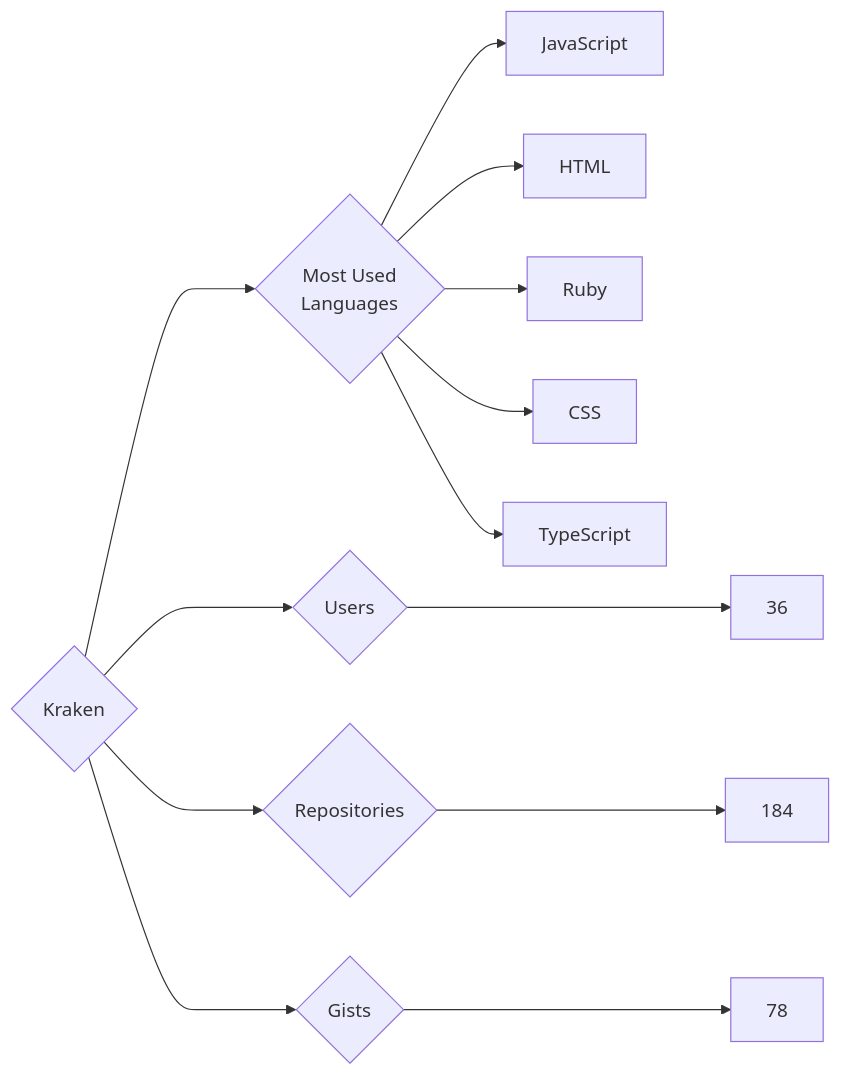
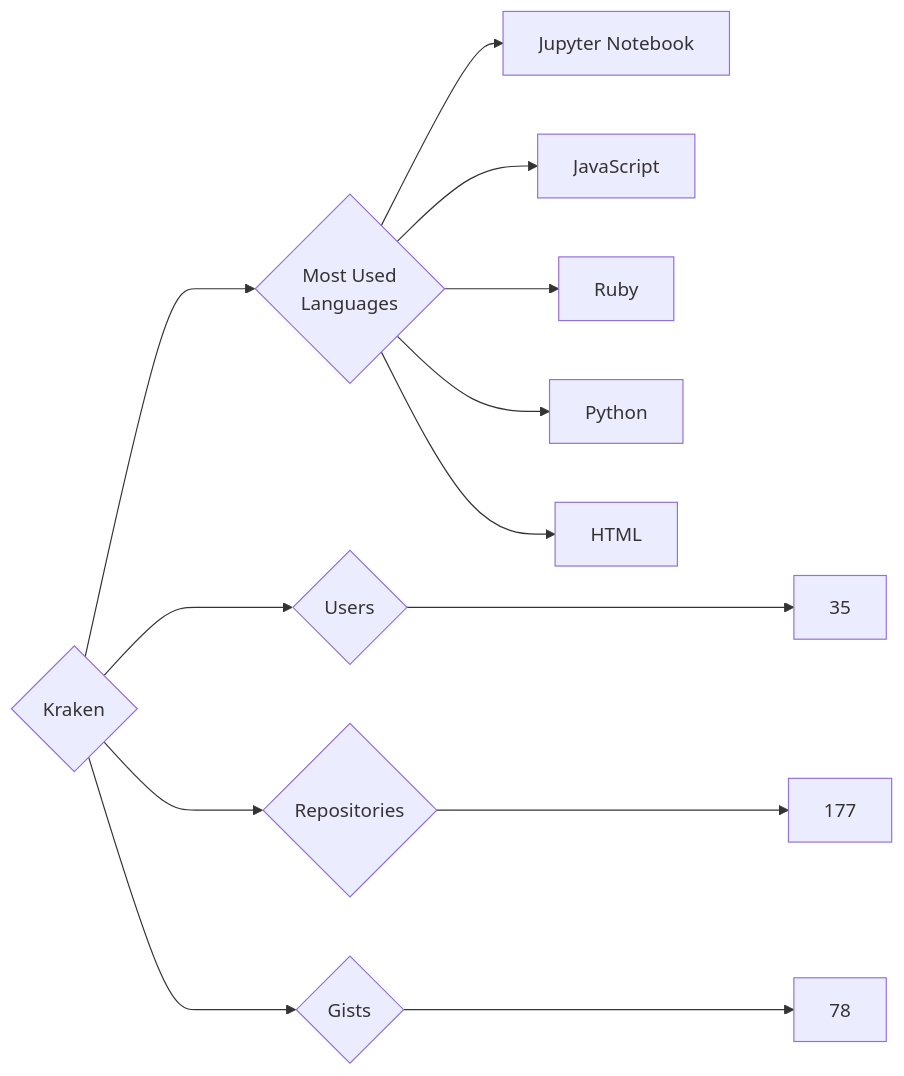
The diagram in targets/Kraken/README.md (trickest/insiders), drawn with Mermaid before and after one commit. The commit also changed 715 other files, not shown here.

````diff
--- a/targets/Kraken/README.md
+++ b/targets/Kraken/README.md
@@ -3,13 +3,13 @@
 ```mermaid
 graph LR
 COMPANY_NAME{Kraken}
-COMPANY_NAME ---> U{Users} ---> UN[36]
-COMPANY_NAME ---> R{Repositories} ---> RN[184]
+COMPANY_NAME ---> U{Users} ---> UN[35]
+COMPANY_NAME ---> R{Repositories} ---> RN[177]
 COMPANY_NAME ---> G{Gists} ---> GN[78]
 COMPANY_NAME ---> ML{Most Used<br>Languages}
+ML --> Jupyter_Notebook[Jupyter Notebook]
 ML --> JavaScript[JavaScript]
+ML --> Ruby[Ruby]
+ML --> Python[Python]
 ML --> HTML[HTML]
-ML --> Ruby[Ruby]
-ML --> CSS[CSS]
-ML --> TypeScript[TypeScript]
 ```
````
